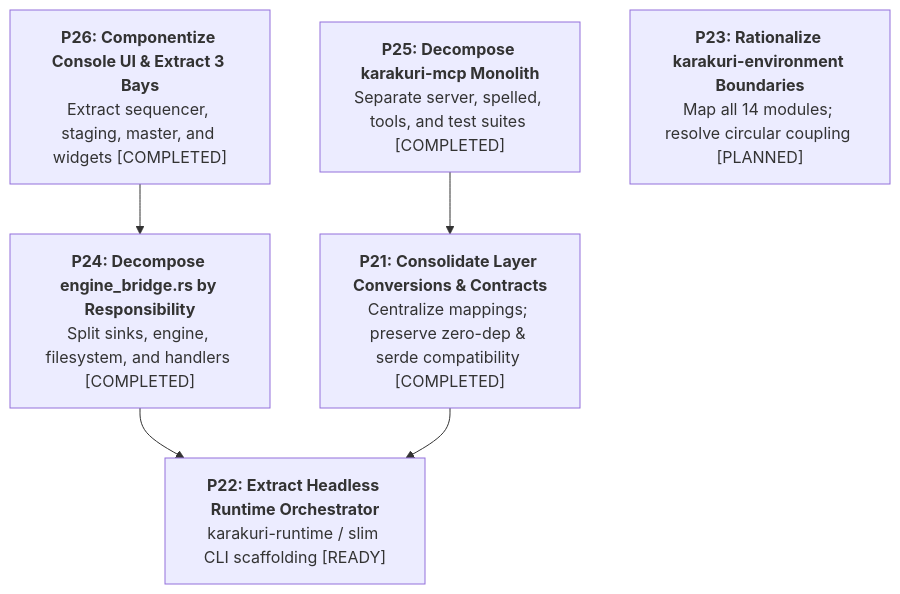
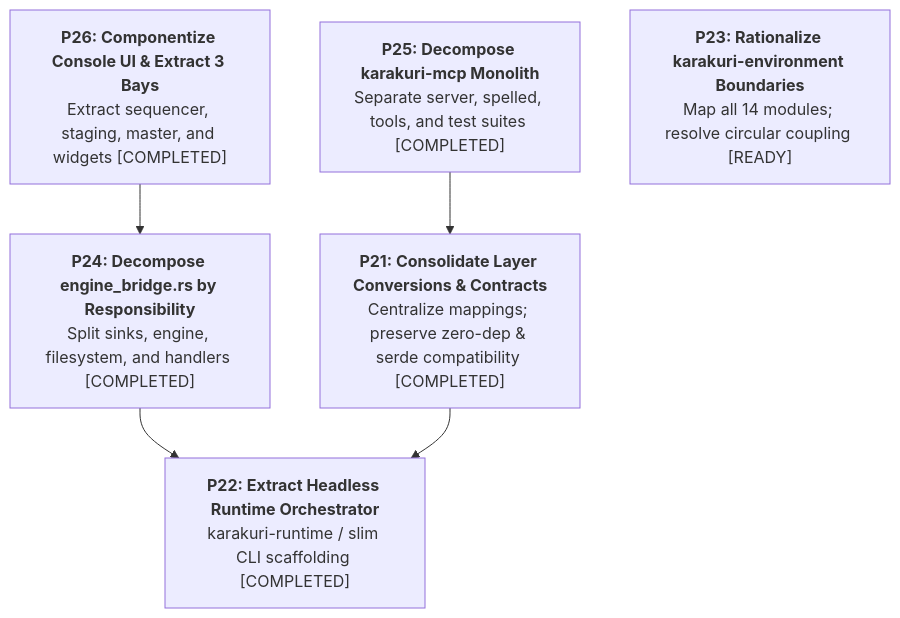
The diagram in docs/refactoring.md (toyoshim-i/Karakuri), drawn with Mermaid before and after one commit. The commit also changed other lines of this file, not shown here.

Commit message:
docs: mark P22 completed and P23 ready in docs/refactoring.md

````diff
--- a/docs/refactoring.md
+++ b/docs/refactoring.md
@@ -76,14 +76,14 @@
 ```mermaid
 graph TD
     P26["<b>P26: Componentize Console UI & Extract 3 Bays</b><br/>Extract sequencer, staging, master, and widgets [COMPLETED]"]
     P25["<b>P25: Decompose karakuri-mcp Monolith</b><br/>Separate server, spelled, tools, and test suites [COMPLETED]"]
     P24["<b>P24: Decompose engine_bridge.rs by Responsibility</b><br/>Split sinks, engine, filesystem, and handlers [COMPLETED]"]
-    P22["<b>P22: Extract Headless Runtime Orchestrator</b><br/>karakuri-runtime / slim CLI scaffolding [READY]"]
+    P22["<b>P22: Extract Headless Runtime Orchestrator</b><br/>karakuri-runtime / slim CLI scaffolding [COMPLETED]"]
     P21["<b>P21: Consolidate Layer Conversions & Contracts</b><br/>Centralize mappings; preserve zero-dep & serde compatibility [COMPLETED]"]
-    P23["<b>P23: Rationalize karakuri-environment Boundaries</b><br/>Map all 14 modules; resolve circular coupling [PLANNED]"]
+    P23["<b>P23: Rationalize karakuri-environment Boundaries</b><br/>Map all 14 modules; resolve circular coupling [READY]"]
 
     P26 --> P24
     P25 --> P21
     P24 --> P22
     P21 --> P22
 ```
````
